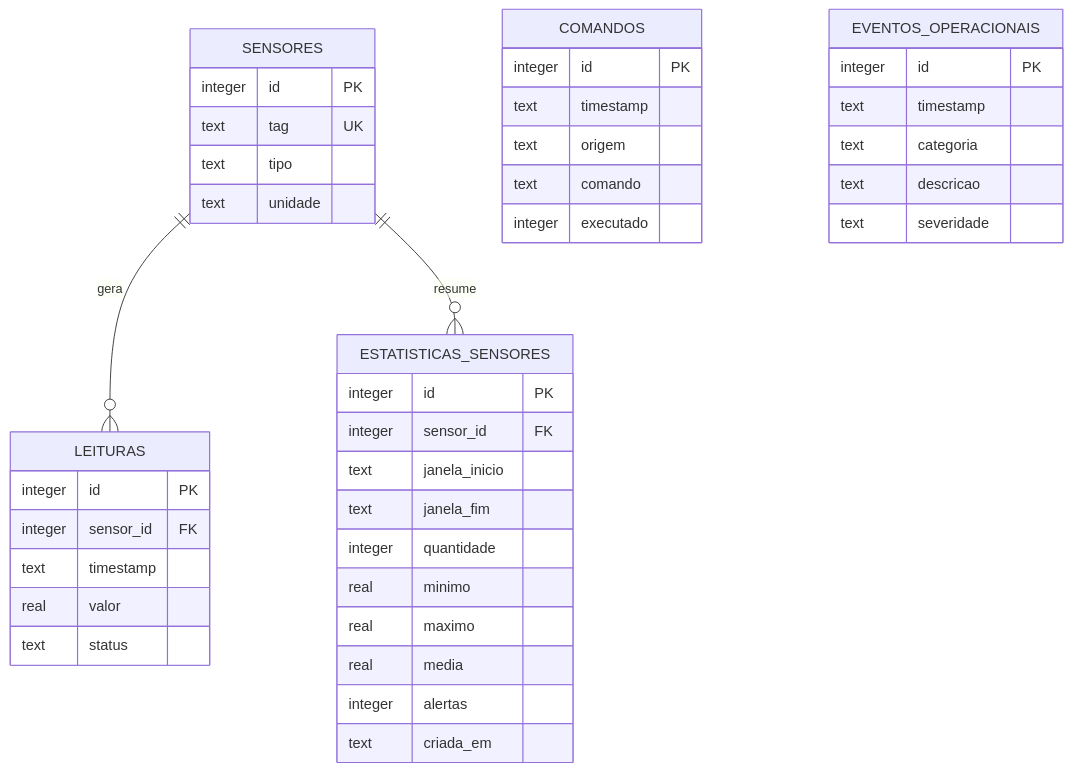
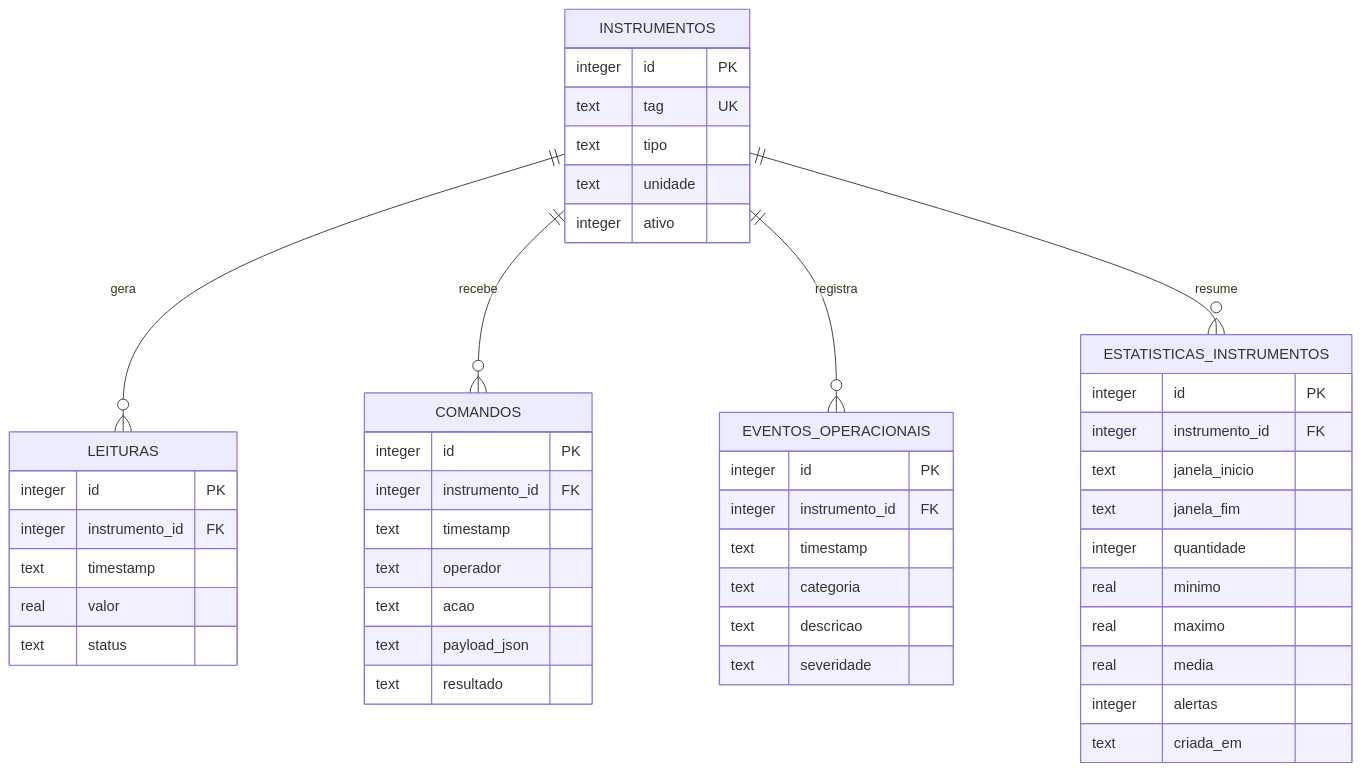
The eighth of 9 diagrams in docs/parte-2-projeto/05-bancos-de-dados-supervisorio.md (rafaelrezo/curso-poo), drawn with Mermaid before and after one commit. The commit also changed other lines of this file, not shown here.

````diff
--- a/docs/parte-2-projeto/05-bancos-de-dados-supervisorio.md
+++ b/docs/parte-2-projeto/05-bancos-de-dados-supervisorio.md
@@ -744,49 +754,55 @@
 ```mermaid
 erDiagram
-    SENSORES ||--o{ LEITURAS : gera
-    SENSORES ||--o{ ESTATISTICAS_SENSORES : resume
+    INSTRUMENTOS ||--o{ LEITURAS : gera
+    INSTRUMENTOS ||--o{ COMANDOS : recebe
+    INSTRUMENTOS ||--o{ EVENTOS_OPERACIONAIS : registra
+    INSTRUMENTOS ||--o{ ESTATISTICAS_INSTRUMENTOS : resume
 
-    SENSORES {
+    INSTRUMENTOS {
         integer id PK
         text tag UK
         text tipo
         text unidade
+        integer ativo
     }
 
     LEITURAS {
         integer id PK
-        integer sensor_id FK
+        integer instrumento_id FK
         text timestamp
         real valor
         text status
     }
 
-    ESTATISTICAS_SENSORES {
+    COMANDOS {
         integer id PK
-        integer sensor_id FK
+        integer instrumento_id FK
+        text timestamp
+        text operador
+        text acao
+        text payload_json
+        text resultado
+    }
+
+    EVENTOS_OPERACIONAIS {
+        integer id PK
+        integer instrumento_id FK
+        text timestamp
+        text categoria
+        text descricao
+        text severidade
+    }
+
+    ESTATISTICAS_INSTRUMENTOS {
+        integer id PK
+        integer instrumento_id FK
         text janela_inicio
         text janela_fim
         integer quantidade
         real minimo
         real maximo
         real media
         integer alertas
         text criada_em
     }
-
-    COMANDOS {
-        integer id PK
-        text timestamp
-        text origem
-        text comando
-        integer executado
-    }
-
-    EVENTOS_OPERACIONAIS {
-        integer id PK
-        text timestamp
-        text categoria
-        text descricao
-        text severidade
-    }
 ```
````
